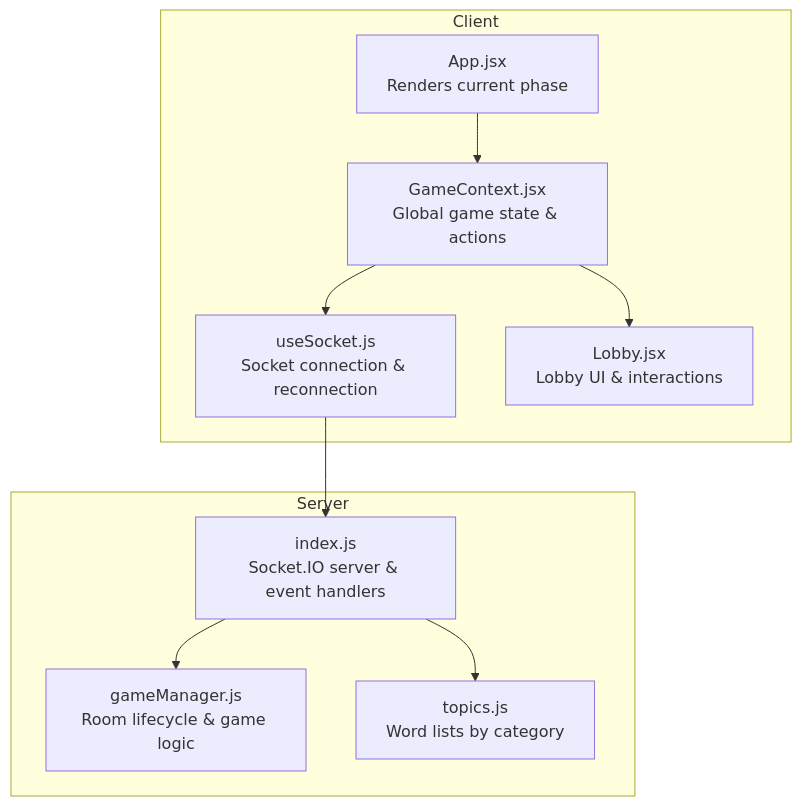
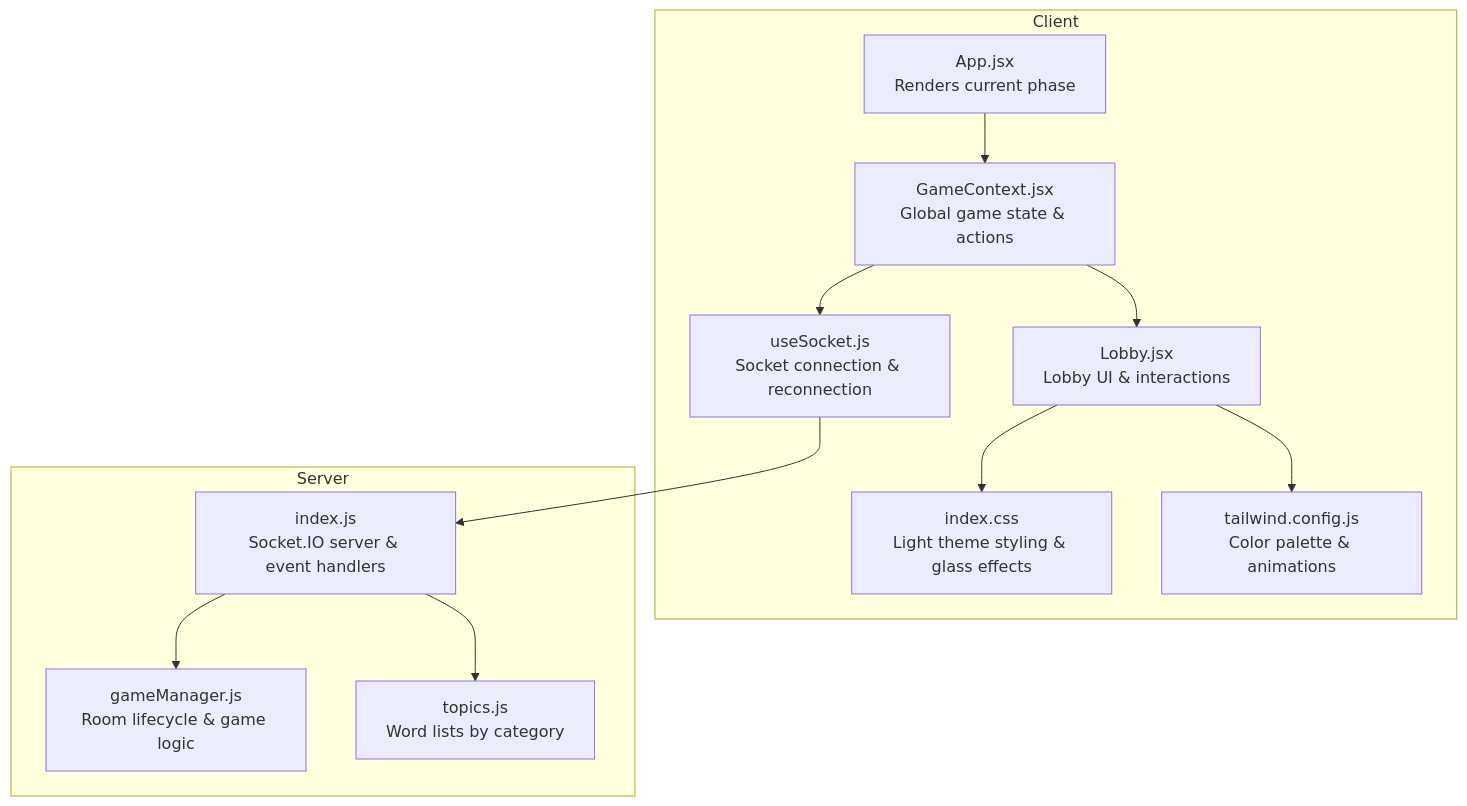
One commit to sparshgupta001/imposter_game changed the first of 6 diagrams in .qoder/repowiki/en/content/Game Screens and UI Components/Lobby Screen.md. Above: the diagram before and after it, drawn with Mermaid. The commit also changed other lines of this file and 22 other files, not shown here.

````diff
--- a/.qoder/repowiki/en/content/Game Screens and UI Components/Lobby Screen.md
+++ b/.qoder/repowiki/en/content/Game Screens and UI Components/Lobby Screen.md
@@ -31,20 +43,24 @@
 ```mermaid
 graph TB
 subgraph "Client"
 A["App.jsx<br/>Renders current phase"]
 B["GameContext.jsx<br/>Global game state & actions"]
 C["useSocket.js<br/>Socket connection & reconnection"]
 D["Lobby.jsx<br/>Lobby UI & interactions"]
+E["index.css<br/>Light theme styling & glass effects"]
+F["tailwind.config.js<br/>Color palette & animations"]
 end
 subgraph "Server"
-E["index.js<br/>Socket.IO server & event handlers"]
-F["gameManager.js<br/>Room lifecycle & game logic"]
-G["topics.js<br/>Word lists by category"]
+G["index.js<br/>Socket.IO server & event handlers"]
+H["gameManager.js<br/>Room lifecycle & game logic"]
+I["topics.js<br/>Word lists by category"]
 end
 A --> B
 B --> C
 B --> D
-C --> E
-E --> F
-E --> G
+C --> G
+G --> H
+G --> I
+D --> E
+D --> F
 ```
````
